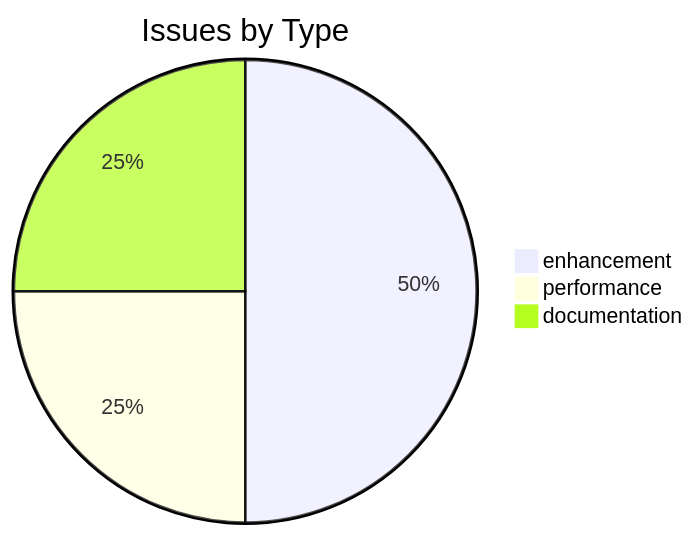
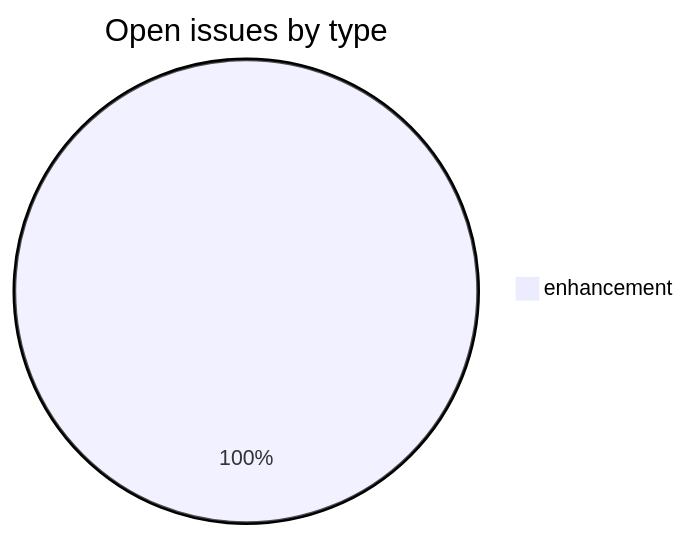
The first of 2 diagrams in README.md (sanskrit-lexicon/csl-lnum), drawn with Mermaid before and after one commit. The commit also changed other lines of this file, not shown here.

````diff
--- a/README.md
+++ b/README.md
@@ -17,6 +28,4 @@
 ```mermaid
-pie title Issues by Type
-    "enhancement" : 2
-    "performance" : 1
-    "documentation" : 1
+pie title Open issues by type
+    "enhancement" : 1
 ```
````
